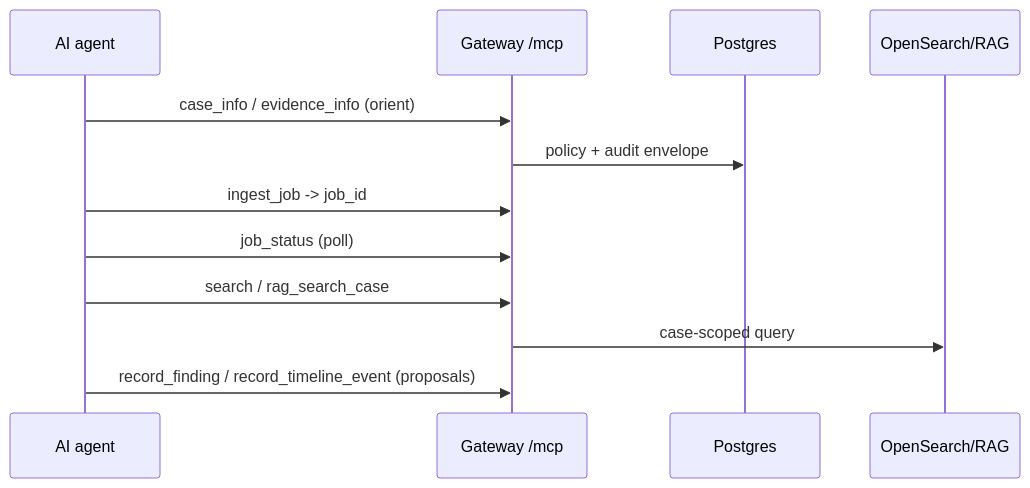
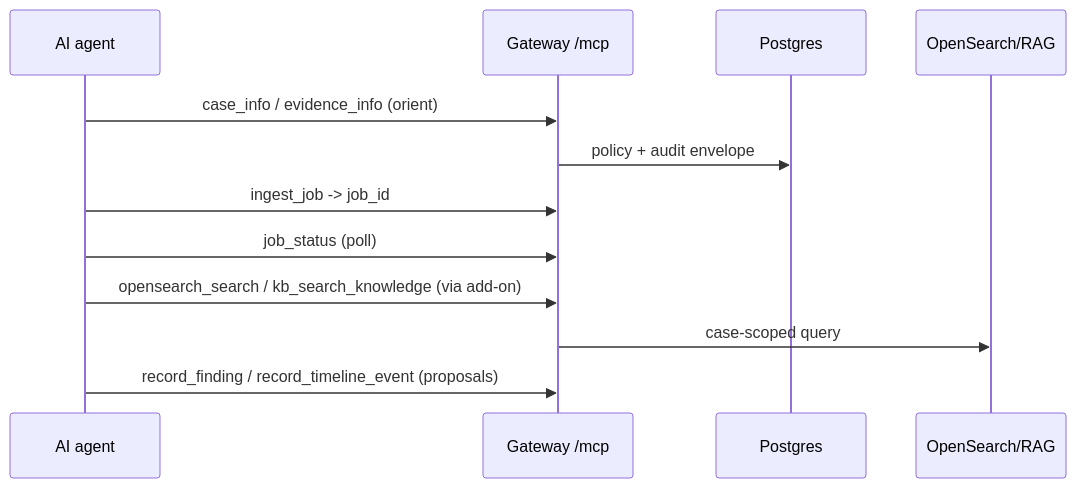
Before and after one commit to xyehya/sift-mcps: the third of 5 diagrams in docs/regenerate/architecture.md, drawn with Mermaid. The commit also changed other lines of this file and 14 other files, not shown here.

````diff
--- a/docs/regenerate/architecture.md
+++ b/docs/regenerate/architecture.md
@@ -185,14 +188,14 @@
 ```mermaid
 sequenceDiagram
   participant AG as AI agent
   participant MCP as Gateway /mcp
   participant PG as Postgres
   participant OS as OpenSearch/RAG
   AG->>MCP: case_info / evidence_info (orient)
   MCP->>PG: policy + audit envelope
   AG->>MCP: ingest_job -> job_id
   AG->>MCP: job_status (poll)
-  AG->>MCP: search / rag_search_case
+  AG->>MCP: opensearch_search / kb_search_knowledge (via add-on)
   MCP->>OS: case-scoped query
   AG->>MCP: record_finding / record_timeline_event (proposals)
 ```
````
